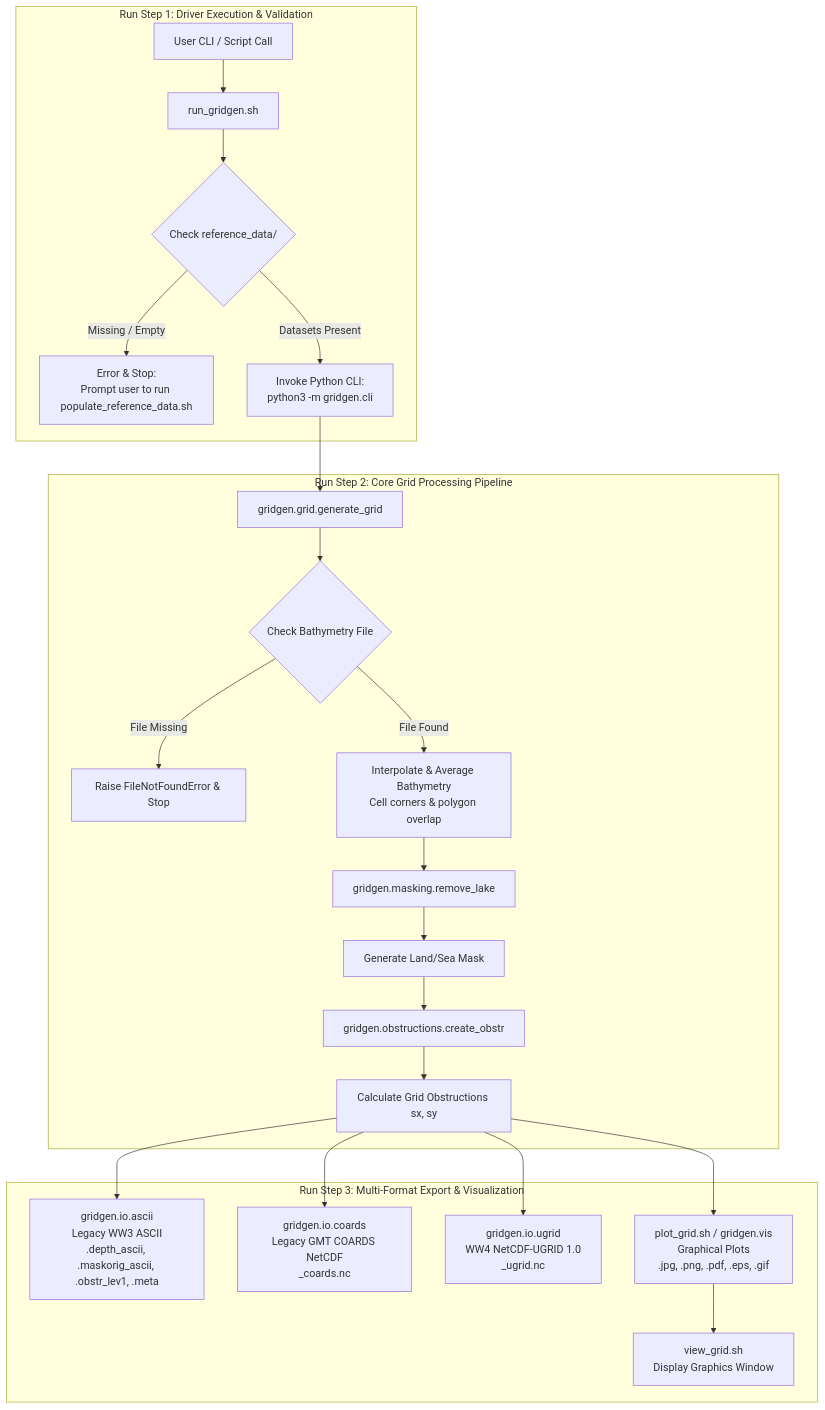
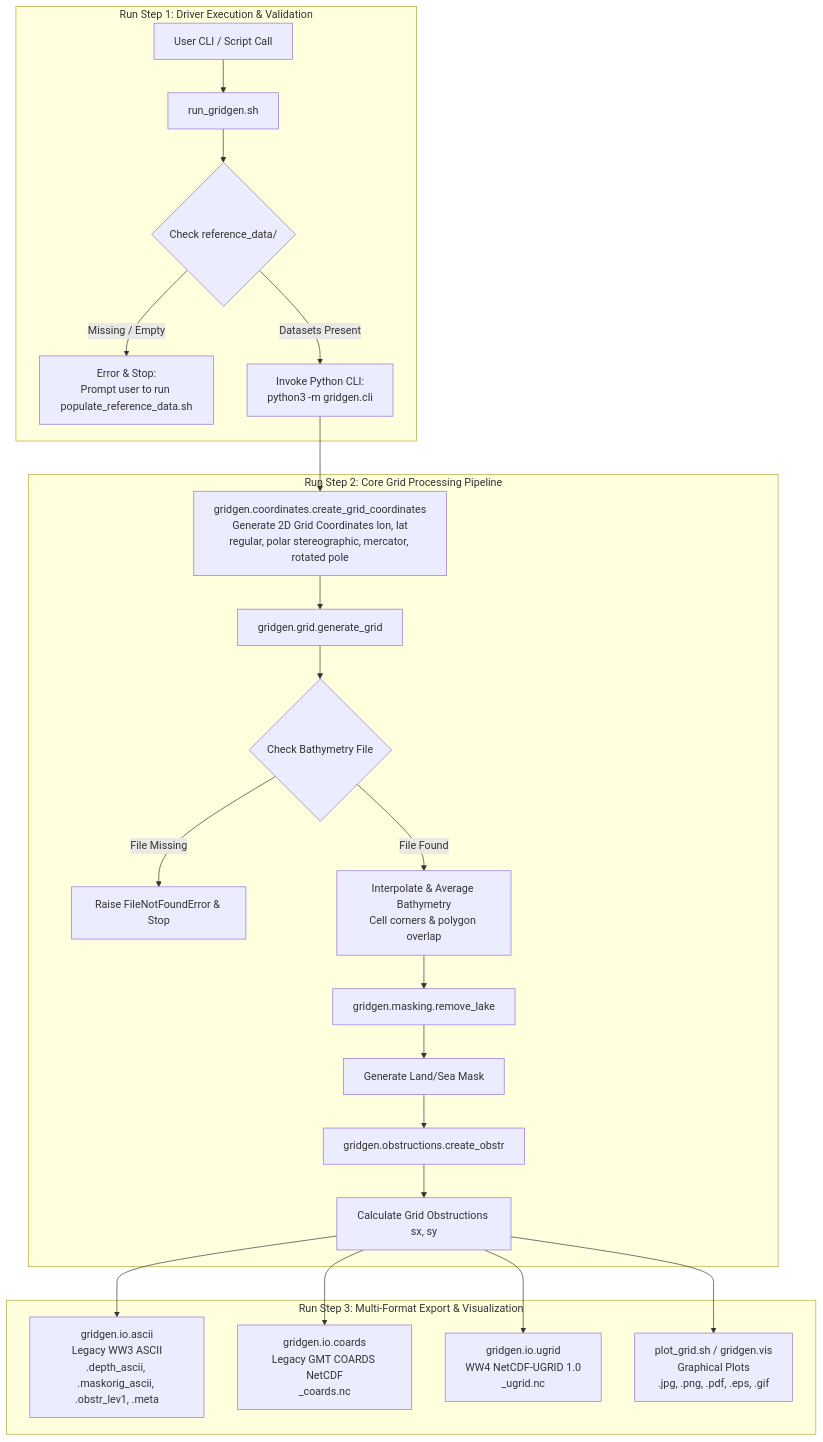
One commit to HendrikTolman-NOAA/gridgen changed the second of 2 diagrams in ARCHITECTURE.md. Above: the diagram before and after it, drawn with Mermaid. The commit also changed other lines of this file and 5 other files, not shown here.

First line of the commit message:
Add grid coordinate generation step and update architecture docs

````diff
--- a/ARCHITECTURE.md
+++ b/ARCHITECTURE.md
@@ -45,30 +45,30 @@
 ```mermaid
 flowchart TD
     subgraph Run Step 1: Driver Execution & Validation
         E[User CLI / Script Call] --> F[run_gridgen.sh]
         F --> G{Check reference_data/}
         G -- Missing / Empty --> H[Error & Stop:<br/>Prompt user to run populate_reference_data.sh]
         G -- Datasets Present --> I[Invoke Python CLI:<br/>python3 -m gridgen.cli]
     end
 
     subgraph Run Step 2: Core Grid Processing Pipeline
-        I --> J[gridgen.grid.generate_grid]
+        I --> J0[gridgen.coordinates.create_grid_coordinates<br/>Generate 2D Grid Coordinates lon, lat<br/>regular, polar stereographic, mercator, rotated pole]
+        J0 --> J[gridgen.grid.generate_grid]
         J --> K{Check Bathymetry File}
         K -- File Missing --> L[Raise FileNotFoundError & Stop]
         K -- File Found --> M[Interpolate & Average Bathymetry<br/>Cell corners & polygon overlap]
 
         M --> N[gridgen.masking.remove_lake]
         N --> O[Generate Land/Sea Mask]
 
         O --> P[gridgen.obstructions.create_obstr]
         P --> Q[Calculate Grid Obstructions sx, sy]
     end
 
     subgraph Run Step 3: Multi-Format Export & Visualization
         Q --> R1[gridgen.io.ascii<br/>Legacy WW3 ASCII<br/>.depth_ascii, .maskorig_ascii, .obstr_lev1, .meta]
         Q --> R2[gridgen.io.coards<br/>Legacy GMT COARDS NetCDF<br/>_coards.nc]
         Q --> R3[gridgen.io.ugrid<br/>WW4 NetCDF-UGRID 1.0<br/>_ugrid.nc]
         Q --> R4[plot_grid.sh / gridgen.vis<br/>Graphical Plots<br/>.jpg, .png, .pdf, .eps, .gif]
-        R4 --> R5[view_grid.sh<br/>Display Graphics Window]
     end
 ```
````
